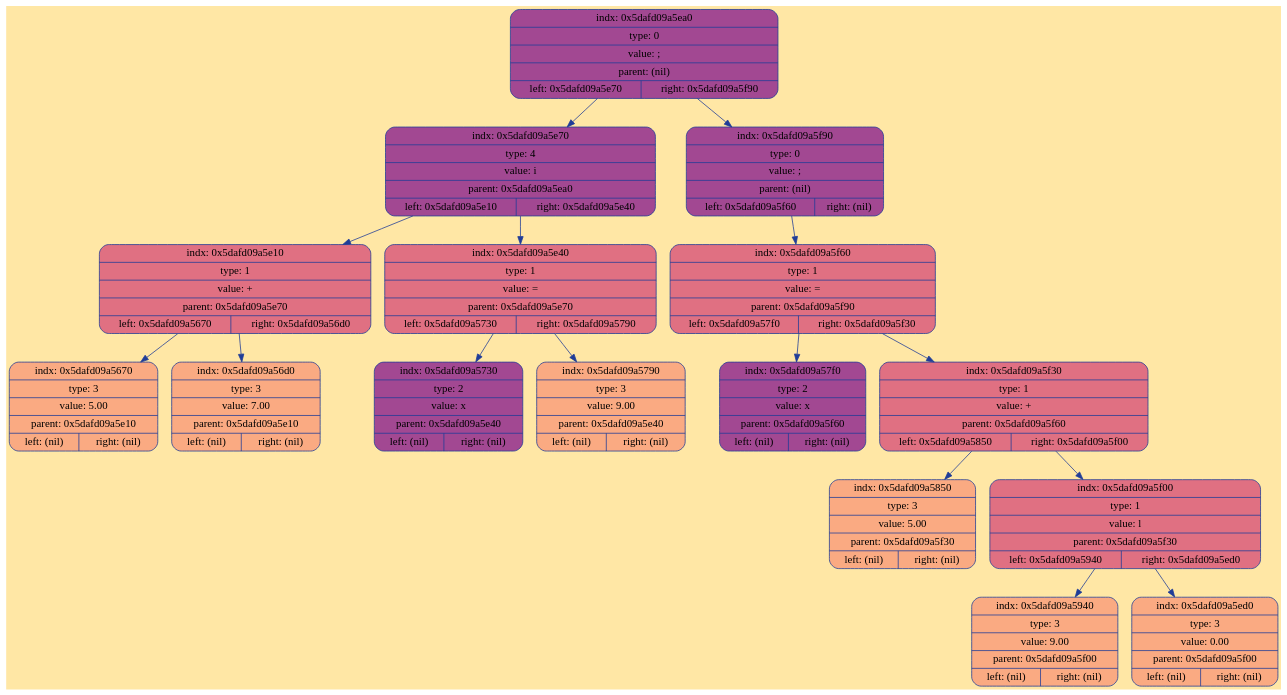
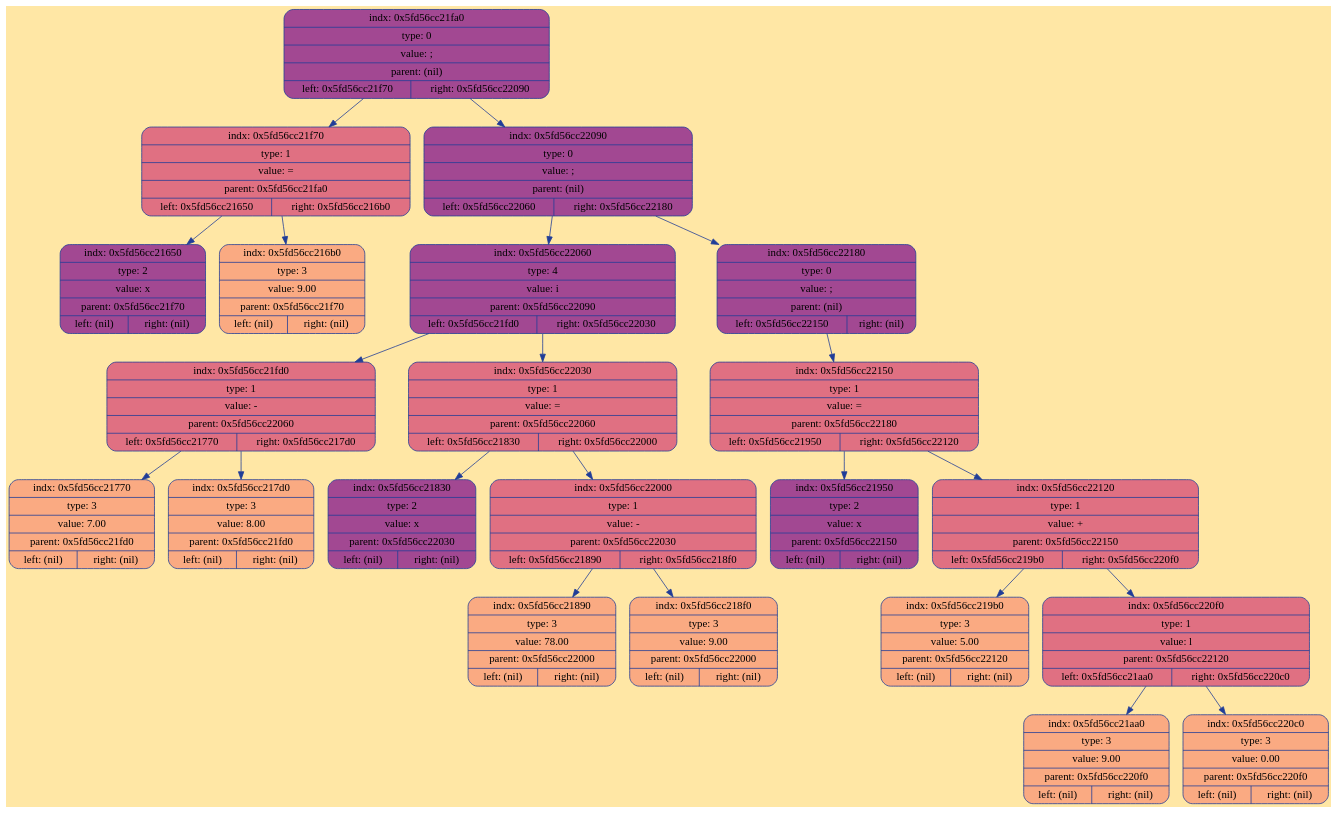
Before and after one commit to ksshkh/language: the diagram in frontend/debug/tree.dot, drawn with Graphviz. The commit also changed 3 other files, not shown here.

```diff
--- a/frontend/debug/tree.dot
+++ b/frontend/debug/tree.dot
@@ -1,37 +1,49 @@
 digraph Tree {
 	rankdir = TB;
 	node [shape = record];
 	edge [color = "#203D98"];
 	bgcolor = "#FFE7A5";
-	node0x5dafd09a5ea0 [color = "#203D98", shape = Mrecord, style = filled, fillcolor = "#A24892", label = "{indx: 0x5dafd09a5ea0 | type: 0 | value: ; | parent: (nil) | { left: 0x5dafd09a5e70 | right: 0x5dafd09a5f90}}"];
-		node0x5dafd09a5ea0 -> node0x5dafd09a5e70
-	node0x5dafd09a5e70 [color = "#203D98", shape = Mrecord, style = filled, fillcolor = "#A24892", label = "{indx: 0x5dafd09a5e70 | type: 4 | value: i | parent: 0x5dafd09a5ea0 | { left: 0x5dafd09a5e10 | right: 0x5dafd09a5e40}}"];
-		node0x5dafd09a5e70 -> node0x5dafd09a5e10
-	node0x5dafd09a5e10 [color = "#203D98", shape = Mrecord, style = filled, fillcolor = "#E07082", label = "{indx: 0x5dafd09a5e10 | type: 1 | value: + | parent: 0x5dafd09a5e70 | { left: 0x5dafd09a5670 | right: 0x5dafd09a56d0}}"];
-		node0x5dafd09a5e10 -> node0x5dafd09a5670
-	node0x5dafd09a5670 [color = "#203D98", shape = Mrecord, style = filled, fillcolor = "#FAAA82", label = "{indx: 0x5dafd09a5670 | type: 3 | value: 5.00 | parent: 0x5dafd09a5e10 | { left: (nil) | right: (nil)}}"];
-		node0x5dafd09a5e10 -> node0x5dafd09a56d0
-	node0x5dafd09a56d0 [color = "#203D98", shape = Mrecord, style = filled, fillcolor = "#FAAA82", label = "{indx: 0x5dafd09a56d0 | type: 3 | value: 7.00 | parent: 0x5dafd09a5e10 | { left: (nil) | right: (nil)}}"];
-		node0x5dafd09a5e70 -> node0x5dafd09a5e40
-	node0x5dafd09a5e40 [color = "#203D98", shape = Mrecord, style = filled, fillcolor = "#E07082", label = "{indx: 0x5dafd09a5e40 | type: 1 | value: = | parent: 0x5dafd09a5e70 | { left: 0x5dafd09a5730 | right: 0x5dafd09a5790}}"];
-		node0x5dafd09a5e40 -> node0x5dafd09a5730
-	node0x5dafd09a5730 [color = "#203D98", shape = Mrecord, style = filled, fillcolor = "#A24892", label = "{indx: 0x5dafd09a5730 | type: 2 | value: x | parent: 0x5dafd09a5e40 | { left: (nil) | right: (nil)}}"];
-		node0x5dafd09a5e40 -> node0x5dafd09a5790
-	node0x5dafd09a5790 [color = "#203D98", shape = Mrecord, style = filled, fillcolor = "#FAAA82", label = "{indx: 0x5dafd09a5790 | type: 3 | value: 9.00 | parent: 0x5dafd09a5e40 | { left: (nil) | right: (nil)}}"];
-		node0x5dafd09a5ea0 -> node0x5dafd09a5f90
-	node0x5dafd09a5f90 [color = "#203D98", shape = Mrecord, style = filled, fillcolor = "#A24892", label = "{indx: 0x5dafd09a5f90 | type: 0 | value: ; | parent: (nil) | { left: 0x5dafd09a5f60 | right: (nil)}}"];
-		node0x5dafd09a5f90 -> node0x5dafd09a5f60
-	node0x5dafd09a5f60 [color = "#203D98", shape = Mrecord, style = filled, fillcolor = "#E07082", label = "{indx: 0x5dafd09a5f60 | type: 1 | value: = | parent: 0x5dafd09a5f90 | { left: 0x5dafd09a57f0 | right: 0x5dafd09a5f30}}"];
-		node0x5dafd09a5f60 -> node0x5dafd09a57f0
-	node0x5dafd09a57f0 [color = "#203D98", shape = Mrecord, style = filled, fillcolor = "#A24892", label = "{indx: 0x5dafd09a57f0 | type: 2 | value: x | parent: 0x5dafd09a5f60 | { left: (nil) | right: (nil)}}"];
-		node0x5dafd09a5f60 -> node0x5dafd09a5f30
-	node0x5dafd09a5f30 [color = "#203D98", shape = Mrecord, style = filled, fillcolor = "#E07082", label = "{indx: 0x5dafd09a5f30 | type: 1 | value: + | parent: 0x5dafd09a5f60 | { left: 0x5dafd09a5850 | right: 0x5dafd09a5f00}}"];
-		node0x5dafd09a5f30 -> node0x5dafd09a5850
-	node0x5dafd09a5850 [color = "#203D98", shape = Mrecord, style = filled, fillcolor = "#FAAA82", label = "{indx: 0x5dafd09a5850 | type: 3 | value: 5.00 | parent: 0x5dafd09a5f30 | { left: (nil) | right: (nil)}}"];
-		node0x5dafd09a5f30 -> node0x5dafd09a5f00
-	node0x5dafd09a5f00 [color = "#203D98", shape = Mrecord, style = filled, fillcolor = "#E07082", label = "{indx: 0x5dafd09a5f00 | type: 1 | value: l | parent: 0x5dafd09a5f30 | { left: 0x5dafd09a5940 | right: 0x5dafd09a5ed0}}"];
-		node0x5dafd09a5f00 -> node0x5dafd09a5940
-	node0x5dafd09a5940 [color = "#203D98", shape = Mrecord, style = filled, fillcolor = "#FAAA82", label = "{indx: 0x5dafd09a5940 | type: 3 | value: 9.00 | parent: 0x5dafd09a5f00 | { left: (nil) | right: (nil)}}"];
-		node0x5dafd09a5f00 -> node0x5dafd09a5ed0
-	node0x5dafd09a5ed0 [color = "#203D98", shape = Mrecord, style = filled, fillcolor = "#FAAA82", label = "{indx: 0x5dafd09a5ed0 | type: 3 | value: 0.00 | parent: 0x5dafd09a5f00 | { left: (nil) | right: (nil)}}"];
+	node0x5fd56cc21fa0 [color = "#203D98", shape = Mrecord, style = filled, fillcolor = "#A24892", label = "{indx: 0x5fd56cc21fa0 | type: 0 | value: ; | parent: (nil) | { left: 0x5fd56cc21f70 | right: 0x5fd56cc22090}}"];
+		node0x5fd56cc21fa0 -> node0x5fd56cc21f70
+	node0x5fd56cc21f70 [color = "#203D98", shape = Mrecord, style = filled, fillcolor = "#E07082", label = "{indx: 0x5fd56cc21f70 | type: 1 | value: = | parent: 0x5fd56cc21fa0 | { left: 0x5fd56cc21650 | right: 0x5fd56cc216b0}}"];
+		node0x5fd56cc21f70 -> node0x5fd56cc21650
+	node0x5fd56cc21650 [color = "#203D98", shape = Mrecord, style = filled, fillcolor = "#A24892", label = "{indx: 0x5fd56cc21650 | type: 2 | value: x | parent: 0x5fd56cc21f70 | { left: (nil) | right: (nil)}}"];
+		node0x5fd56cc21f70 -> node0x5fd56cc216b0
+	node0x5fd56cc216b0 [color = "#203D98", shape = Mrecord, style = filled, fillcolor = "#FAAA82", label = "{indx: 0x5fd56cc216b0 | type: 3 | value: 9.00 | parent: 0x5fd56cc21f70 | { left: (nil) | right: (nil)}}"];
+		node0x5fd56cc21fa0 -> node0x5fd56cc22090
+	node0x5fd56cc22090 [color = "#203D98", shape = Mrecord, style = filled, fillcolor = "#A24892", label = "{indx: 0x5fd56cc22090 | type: 0 | value: ; | parent: (nil) | { left: 0x5fd56cc22060 | right: 0x5fd56cc22180}}"];
+		node0x5fd56cc22090 -> node0x5fd56cc22060
+	node0x5fd56cc22060 [color = "#203D98", shape = Mrecord, style = filled, fillcolor = "#A24892", label = "{indx: 0x5fd56cc22060 | type: 4 | value: i | parent: 0x5fd56cc22090 | { left: 0x5fd56cc21fd0 | right: 0x5fd56cc22030}}"];
+		node0x5fd56cc22060 -> node0x5fd56cc21fd0
+	node0x5fd56cc21fd0 [color = "#203D98", shape = Mrecord, style = filled, fillcolor = "#E07082", label = "{indx: 0x5fd56cc21fd0 | type: 1 | value: - | parent: 0x5fd56cc22060 | { left: 0x5fd56cc21770 | right: 0x5fd56cc217d0}}"];
+		node0x5fd56cc21fd0 -> node0x5fd56cc21770
+	node0x5fd56cc21770 [color = "#203D98", shape = Mrecord, style = filled, fillcolor = "#FAAA82", label = "{indx: 0x5fd56cc21770 | type: 3 | value: 7.00 | parent: 0x5fd56cc21fd0 | { left: (nil) | right: (nil)}}"];
+		node0x5fd56cc21fd0 -> node0x5fd56cc217d0
+	node0x5fd56cc217d0 [color = "#203D98", shape = Mrecord, style = filled, fillcolor = "#FAAA82", label = "{indx: 0x5fd56cc217d0 | type: 3 | value: 8.00 | parent: 0x5fd56cc21fd0 | { left: (nil) | right: (nil)}}"];
+		node0x5fd56cc22060 -> node0x5fd56cc22030
+	node0x5fd56cc22030 [color = "#203D98", shape = Mrecord, style = filled, fillcolor = "#E07082", label = "{indx: 0x5fd56cc22030 | type: 1 | value: = | parent: 0x5fd56cc22060 | { left: 0x5fd56cc21830 | right: 0x5fd56cc22000}}"];
+		node0x5fd56cc22030 -> node0x5fd56cc21830
+	node0x5fd56cc21830 [color = "#203D98", shape = Mrecord, style = filled, fillcolor = "#A24892", label = "{indx: 0x5fd56cc21830 | type: 2 | value: x | parent: 0x5fd56cc22030 | { left: (nil) | right: (nil)}}"];
+		node0x5fd56cc22030 -> node0x5fd56cc22000
+	node0x5fd56cc22000 [color = "#203D98", shape = Mrecord, style = filled, fillcolor = "#E07082", label = "{indx: 0x5fd56cc22000 | type: 1 | value: - | parent: 0x5fd56cc22030 | { left: 0x5fd56cc21890 | right: 0x5fd56cc218f0}}"];
+		node0x5fd56cc22000 -> node0x5fd56cc21890
+	node0x5fd56cc21890 [color = "#203D98", shape = Mrecord, style = filled, fillcolor = "#FAAA82", label = "{indx: 0x5fd56cc21890 | type: 3 | value: 78.00 | parent: 0x5fd56cc22000 | { left: (nil) | right: (nil)}}"];
+		node0x5fd56cc22000 -> node0x5fd56cc218f0
+	node0x5fd56cc218f0 [color = "#203D98", shape = Mrecord, style = filled, fillcolor = "#FAAA82", label = "{indx: 0x5fd56cc218f0 | type: 3 | value: 9.00 | parent: 0x5fd56cc22000 | { left: (nil) | right: (nil)}}"];
+		node0x5fd56cc22090 -> node0x5fd56cc22180
+	node0x5fd56cc22180 [color = "#203D98", shape = Mrecord, style = filled, fillcolor = "#A24892", label = "{indx: 0x5fd56cc22180 | type: 0 | value: ; | parent: (nil) | { left: 0x5fd56cc22150 | right: (nil)}}"];
+		node0x5fd56cc22180 -> node0x5fd56cc22150
+	node0x5fd56cc22150 [color = "#203D98", shape = Mrecord, style = filled, fillcolor = "#E07082", label = "{indx: 0x5fd56cc22150 | type: 1 | value: = | parent: 0x5fd56cc22180 | { left: 0x5fd56cc21950 | right: 0x5fd56cc22120}}"];
+		node0x5fd56cc22150 -> node0x5fd56cc21950
+	node0x5fd56cc21950 [color = "#203D98", shape = Mrecord, style = filled, fillcolor = "#A24892", label = "{indx: 0x5fd56cc21950 | type: 2 | value: x | parent: 0x5fd56cc22150 | { left: (nil) | right: (nil)}}"];
+		node0x5fd56cc22150 -> node0x5fd56cc22120
+	node0x5fd56cc22120 [color = "#203D98", shape = Mrecord, style = filled, fillcolor = "#E07082", label = "{indx: 0x5fd56cc22120 | type: 1 | value: + | parent: 0x5fd56cc22150 | { left: 0x5fd56cc219b0 | right: 0x5fd56cc220f0}}"];
+		node0x5fd56cc22120 -> node0x5fd56cc219b0
+	node0x5fd56cc219b0 [color = "#203D98", shape = Mrecord, style = filled, fillcolor = "#FAAA82", label = "{indx: 0x5fd56cc219b0 | type: 3 | value: 5.00 | parent: 0x5fd56cc22120 | { left: (nil) | right: (nil)}}"];
+		node0x5fd56cc22120 -> node0x5fd56cc220f0
+	node0x5fd56cc220f0 [color = "#203D98", shape = Mrecord, style = filled, fillcolor = "#E07082", label = "{indx: 0x5fd56cc220f0 | type: 1 | value: l | parent: 0x5fd56cc22120 | { left: 0x5fd56cc21aa0 | right: 0x5fd56cc220c0}}"];
+		node0x5fd56cc220f0 -> node0x5fd56cc21aa0
+	node0x5fd56cc21aa0 [color = "#203D98", shape = Mrecord, style = filled, fillcolor = "#FAAA82", label = "{indx: 0x5fd56cc21aa0 | type: 3 | value: 9.00 | parent: 0x5fd56cc220f0 | { left: (nil) | right: (nil)}}"];
+		node0x5fd56cc220f0 -> node0x5fd56cc220c0
+	node0x5fd56cc220c0 [color = "#203D98", shape = Mrecord, style = filled, fillcolor = "#FAAA82", label = "{indx: 0x5fd56cc220c0 | type: 3 | value: 0.00 | parent: 0x5fd56cc220f0 | { left: (nil) | right: (nil)}}"];
 }
```
